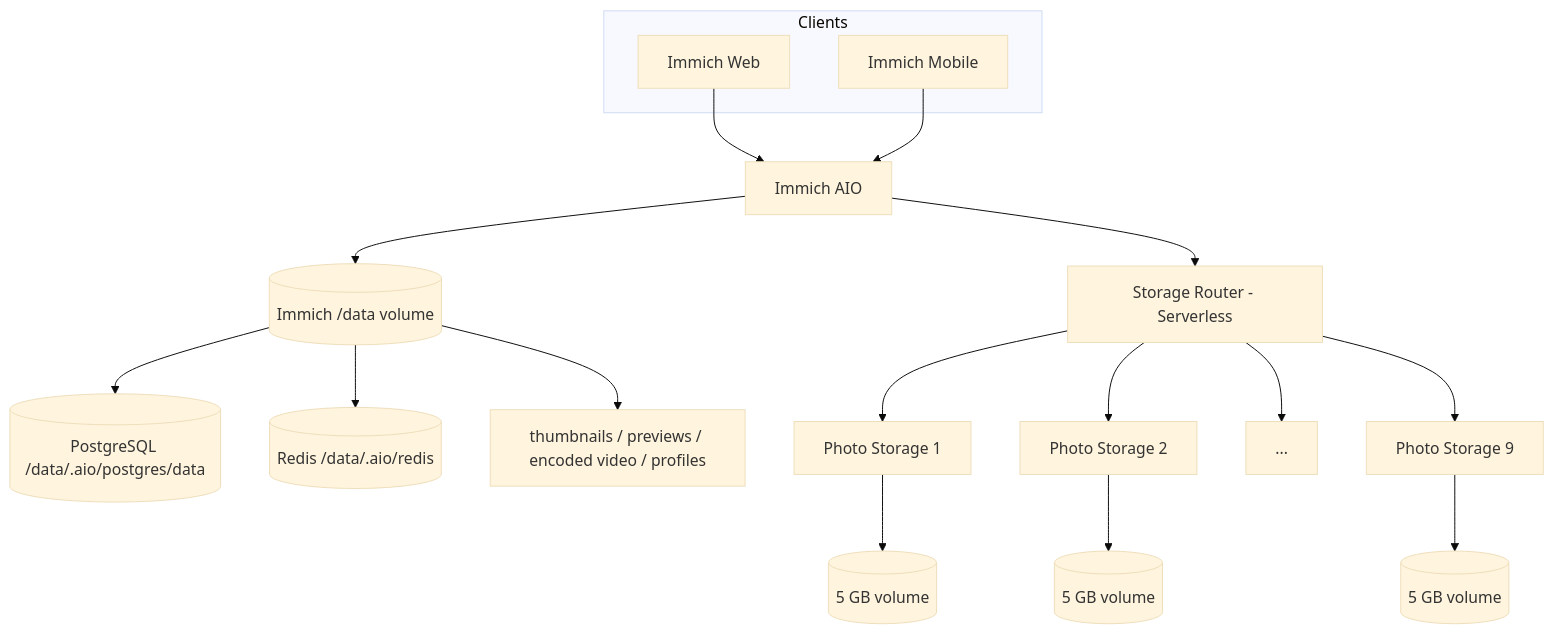
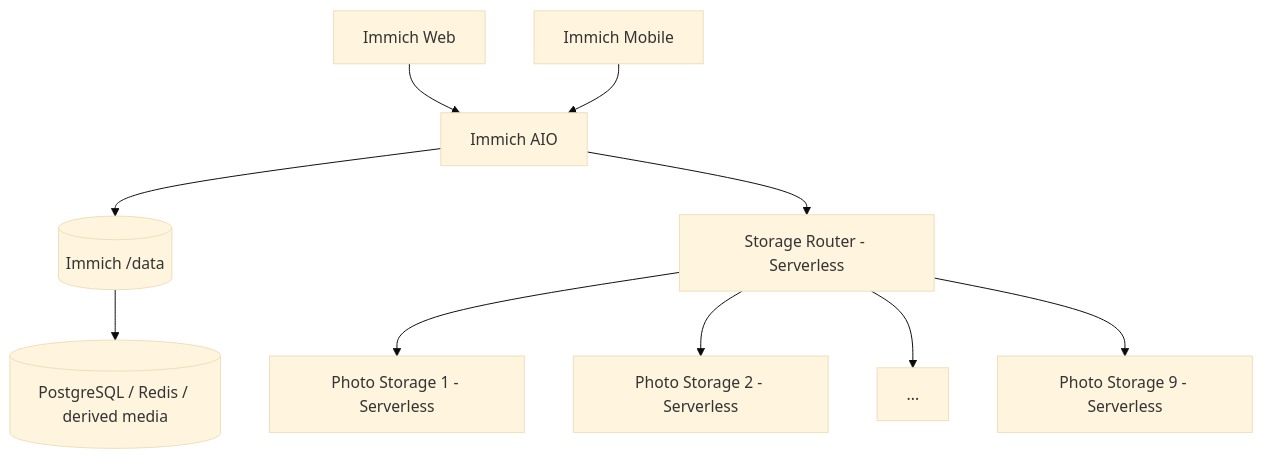
One commit to bowardzhang/immich changed the diagram in RAILWAY_REMOTE_STORAGE.en.md. Above: the diagram before and after it, drawn with Mermaid (base theme). The commit also changed other lines of this file, not shown here.

````diff
--- a/RAILWAY_REMOTE_STORAGE.en.md
+++ b/RAILWAY_REMOTE_STORAGE.en.md
@@ -21,26 +20,12 @@
 ```mermaid
 flowchart TB
-    subgraph Clients
-      W[Immich Web]
-      M[Immich Mobile]
-    end
-
-    W --> I[Immich AIO]
-    M --> I
-
-    I --> D[(Immich /data volume)]
+    W[Immich Web] --> I[Immich AIO]
+    M[Immich Mobile] --> I
+    I --> D[(Immich /data)]
     I --> R[Storage Router - Serverless]
-
-    D --> DB[(PostgreSQL /data/.aio/postgres/data)]
-    D --> RD[(Redis /data/.aio/redis)]
-    D --> DER[thumbnails / previews / encoded video / profiles]
-
-    R --> S1[Photo Storage 1]
-    R --> S2[Photo Storage 2]
+    D --> DB[(PostgreSQL / Redis / derived media)]
+    R --> S1[Photo Storage 1 - Serverless]
+    R --> S2[Photo Storage 2 - Serverless]
     R --> SX[...]
-    R --> S9[Photo Storage 9]
-
-    S1 --> V1[(5 GB volume)]
-    S2 --> V2[(5 GB volume)]
-    S9 --> V9[(5 GB volume)]
+    R --> S9[Photo Storage 9 - Serverless]
 ```
````
